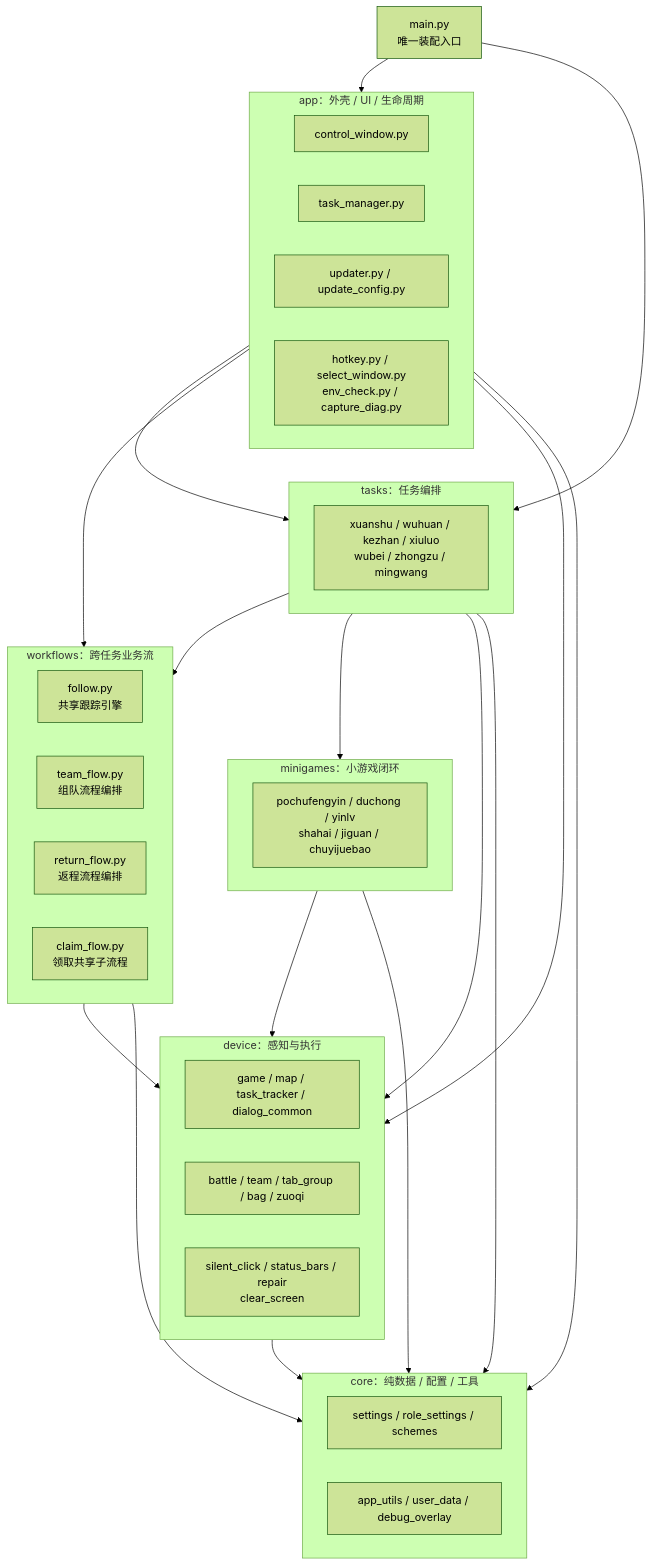
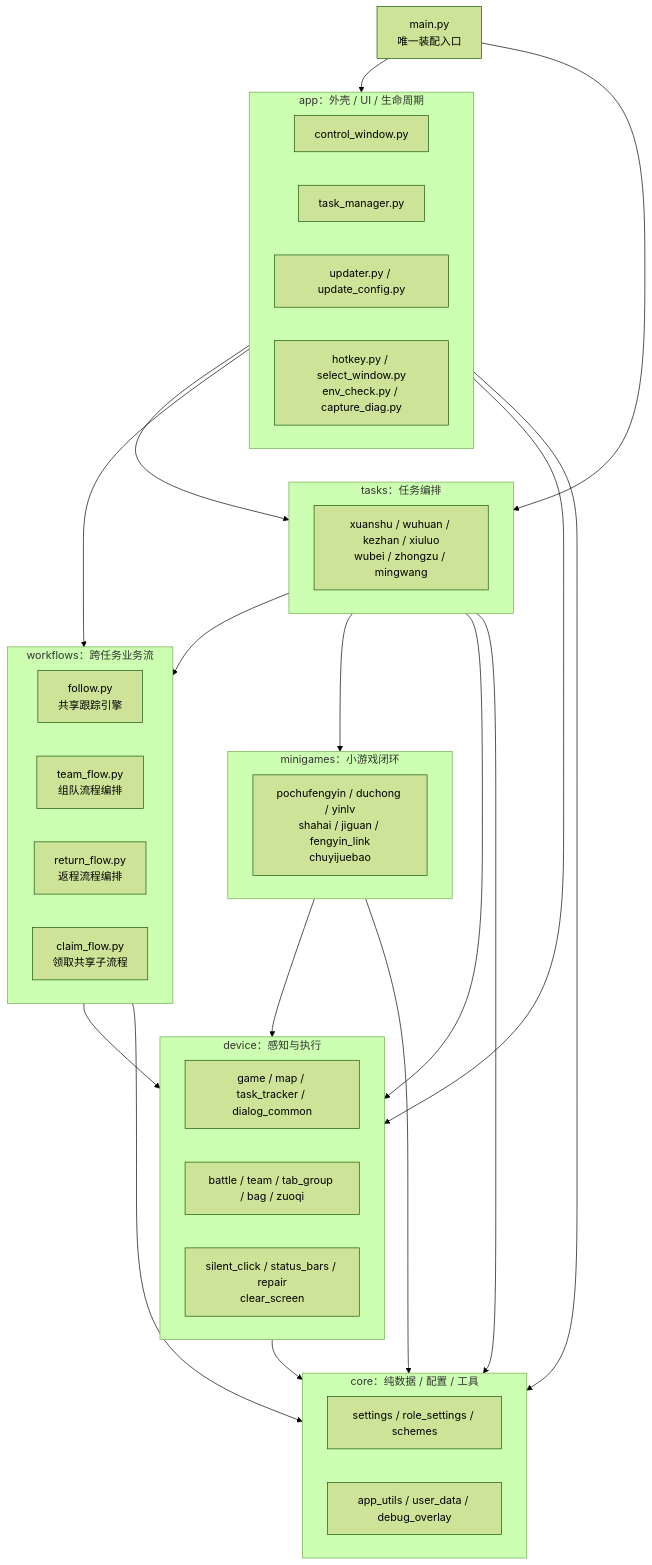
The second of 16 diagrams in docs/architecture.md (OPC-UNI/dhxy_ascript), drawn with Mermaid (forest theme) before and after one commit. The commit also changed other lines of this file and 8 other files, not shown here.

````diff
--- a/docs/architecture.md
+++ b/docs/architecture.md
@@ -123,53 +123,53 @@
 ```mermaid
 flowchart TB
     MAIN["main.py<br/>唯一装配入口"]
 
     subgraph APP["app：外壳 / UI / 生命周期"]
         UI["control_window.py"]
         TM["task_manager.py"]
         UPD["updater.py / update_config.py"]
         MISC["hotkey.py / select_window.py<br/>env_check.py / capture_diag.py"]
     end
 
     subgraph TASKS["tasks：任务编排"]
         T1["xuanshu / wuhuan / kezhan / xiuluo<br/>wubei / zhongzu / mingwang"]
     end
 
     subgraph WORKFLOWS["workflows：跨任务业务流"]
         FOLLOW["follow.py<br/>共享跟踪引擎"]
         TEAMFLOW["team_flow.py<br/>组队流程编排"]
         RETFLOW["return_flow.py<br/>返程流程编排"]
         CLAIMFLOW["claim_flow.py<br/>领取共享子流程"]
     end
 
     subgraph MINIGAMES["minigames：小游戏闭环"]
-        MG["pochufengyin / duchong / yinlv<br/>shahai / jiguan / chuyijuebao"]
+        MG["pochufengyin / duchong / yinlv<br/>shahai / jiguan / fengyin_link<br/>chuyijuebao"]
     end
 
     subgraph DEVICE["device：感知与执行"]
         D1["game / map / task_tracker / dialog_common"]
         D2["battle / team / tab_group / bag / zuoqi"]
         D3["silent_click / status_bars / repair<br/>clear_screen"]
     end
 
     subgraph CORE["core：纯数据 / 配置 / 工具"]
         C1["settings / role_settings / schemes"]
         C2["app_utils / user_data / debug_overlay"]
     end
 
     MAIN --> APP
     MAIN --> TASKS
     APP --> TASKS
     APP --> WORKFLOWS
     APP --> DEVICE
     APP --> CORE
     TASKS --> WORKFLOWS
     TASKS --> MINIGAMES
     TASKS --> DEVICE
     TASKS --> CORE
     WORKFLOWS --> DEVICE
     WORKFLOWS --> CORE
     MINIGAMES --> DEVICE
     MINIGAMES --> CORE
     DEVICE --> CORE
 ```
````
